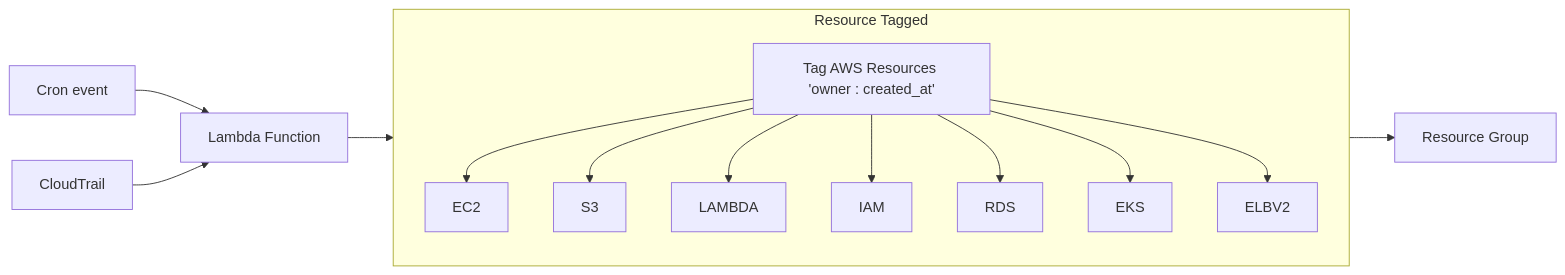
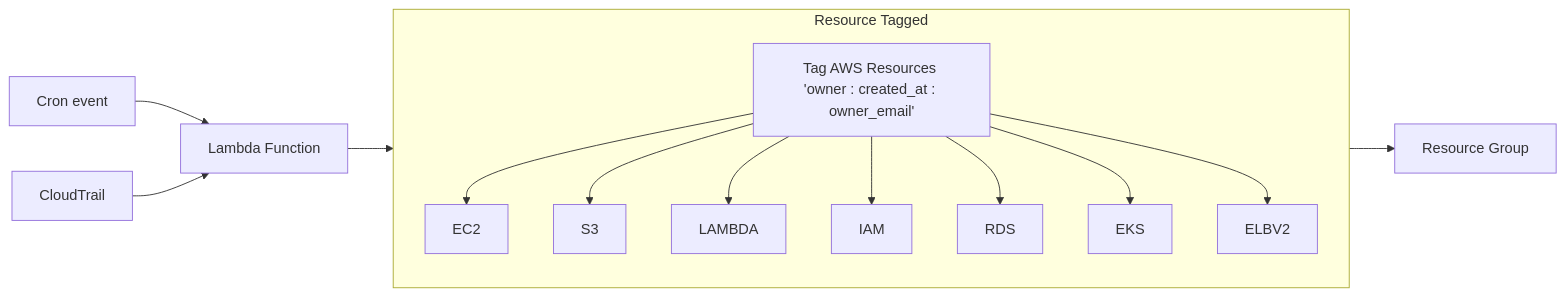
Before and after one commit to smartSenseSolutions/aws-auto-tagger: the diagram in README.md, drawn with Mermaid. The commit also changed other lines of this file and 6 other files, not shown here.

First line of the commit message:
Add owner_email tag and sync-readme skill

````diff
--- a/README.md
+++ b/README.md
@@ -33,22 +34,22 @@
 ```mermaid
 graph LR
     AE[Cron event] --> LF[Lambda Function] 
     
     CT[CloudTrail] --> LF
 
-    LF --> AWS[Tag AWS Resources 'owner : created_at']
+    LF --> AWS[Tag AWS Resources 'owner : created_at : owner_email']
     
     AWS
     subgraph "Resource Tagged"
         direction TB
         AWS --> EC2[EC2]
         AWS --> S3[S3]
         AWS --> LAMBDA[LAMBDA]
         AWS --> IAM[IAM]
         AWS --> RDS[RDS]
         AWS --> EKS[EKS]
         AWS --> ELBV2[ELBV2]
     end
 
     AWS--> RG[Resource Group]
 ```
````
